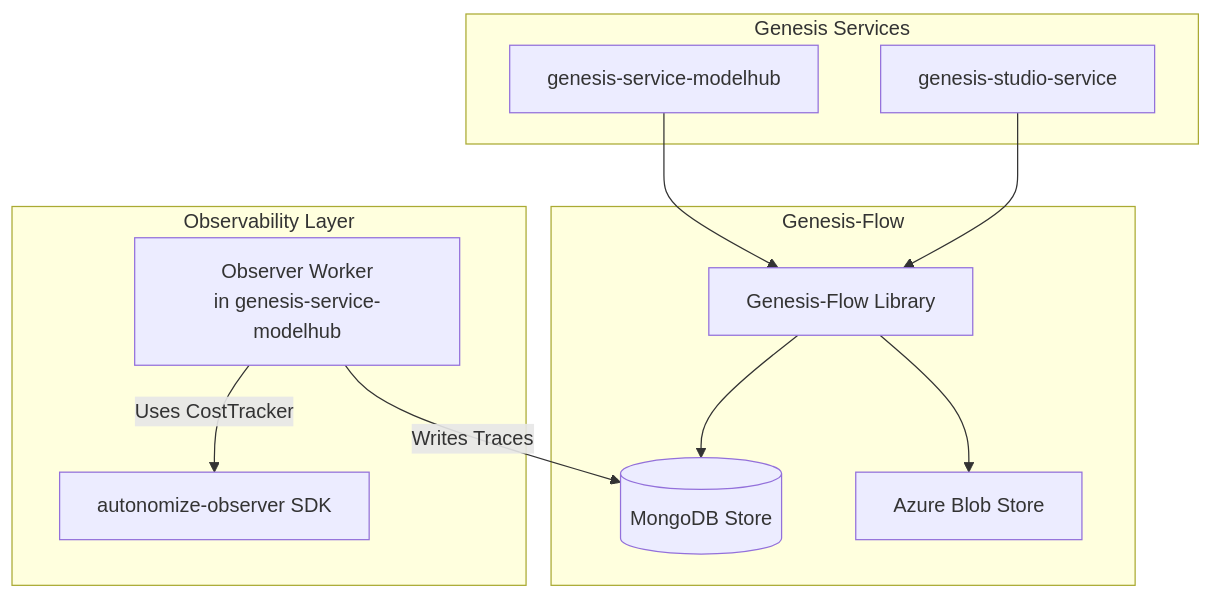
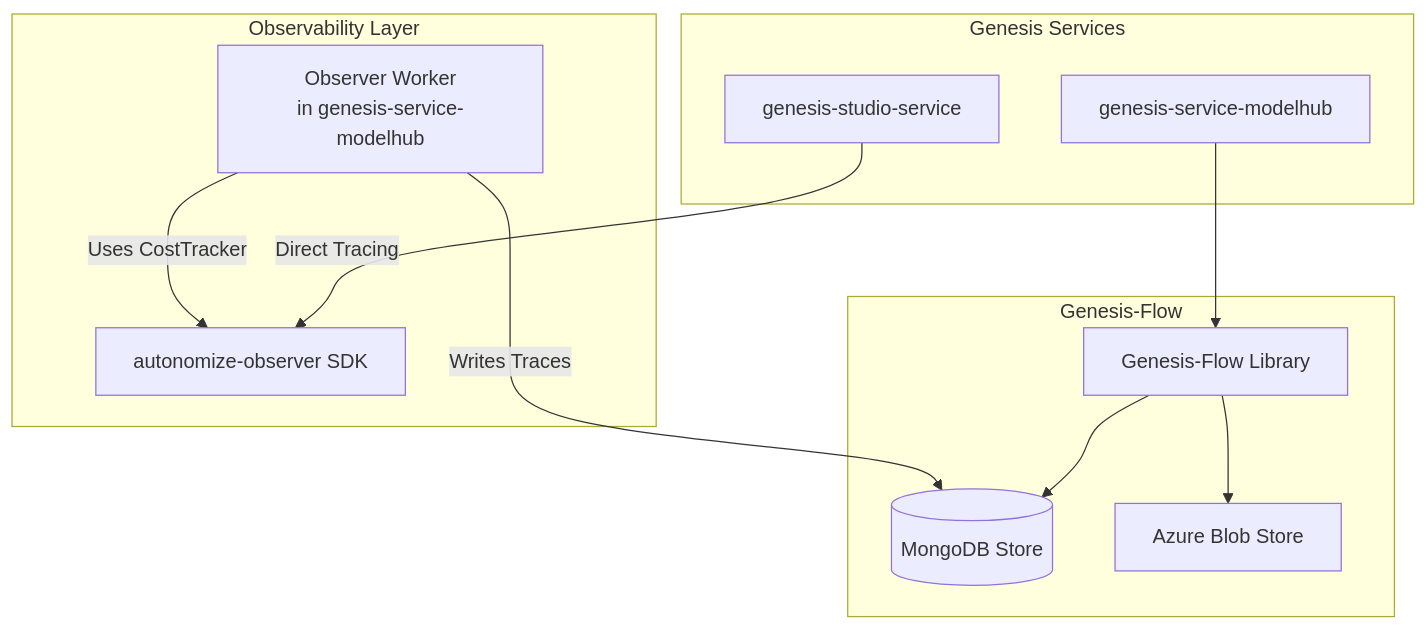
One commit to mlflow/mlflow changed diagram 13 of 15 in GENESIS_FLOW_ARCHITECTURE.md. Above: the diagram before and after it, drawn with Mermaid. The commit also changed other lines of this file, not shown here.

First line of the commit message:
Fix genesis-studio-service integration - uses autonomize-observer directly, not Genesis-Flow

````diff
--- a/GENESIS_FLOW_ARCHITECTURE.md
+++ b/GENESIS_FLOW_ARCHITECTURE.md
@@ -391,26 +391,26 @@
 ```mermaid
 graph TD
     subgraph "Genesis Services"
         GS[genesis-service-modelhub]
         GSS[genesis-studio-service]
     end
     
     subgraph "Genesis-Flow"
         GF[Genesis-Flow Library]
         MDB[(MongoDB Store)]
         ABS[Azure Blob Store]
     end
     
     subgraph "Observability Layer"
         OBS[autonomize-observer SDK]
         WRK[Observer Worker<br/>in genesis-service-modelhub]
     end
     
     GS --> GF
-    GSS --> GF
     GF --> MDB
     GF --> ABS
     
+    GSS -->|Direct Tracing| OBS
     WRK -->|Uses CostTracker| OBS
     WRK -->|Writes Traces| MDB
 ```
````
